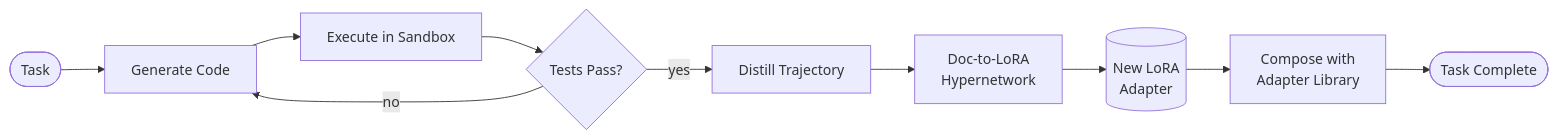
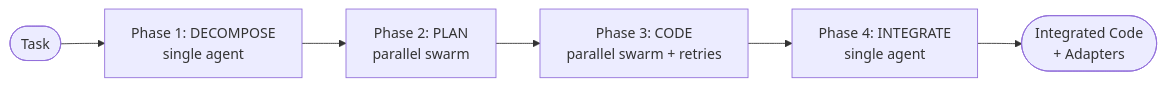
The diagram in README.md (ElixirTrials/rune), drawn with Mermaid before and after one commit. The commit also changed other lines of this file and 20 other files, not shown here.

````diff
--- a/README.md
+++ b/README.md
@@ -65,12 +65,8 @@
 ```mermaid
 flowchart LR
-    Task([Task]) --> Generate[Generate Code]
-    Generate --> Execute[Execute in Sandbox]
-    Execute --> Reflect{Tests Pass?}
-    Reflect -->|no| Generate
-    Reflect -->|yes| Distill[Distill Trajectory]
-    Distill --> HyperNet[Doc-to-LoRA\nHypernetwork]
-    HyperNet --> NewAdapter[(New LoRA\nAdapter)]
-    NewAdapter --> Compose[Compose with\nAdapter Library]
-    Compose --> Done([Task Complete])
+    Task([Task]) --> P1[Phase 1: DECOMPOSE\nsingle agent]
+    P1 --> P2[Phase 2: PLAN\nparallel swarm]
+    P2 --> P3[Phase 3: CODE\nparallel swarm + retries]
+    P3 --> P4[Phase 4: INTEGRATE\nsingle agent]
+    P4 --> Done([Integrated Code\n+ Adapters])
 ```
````
